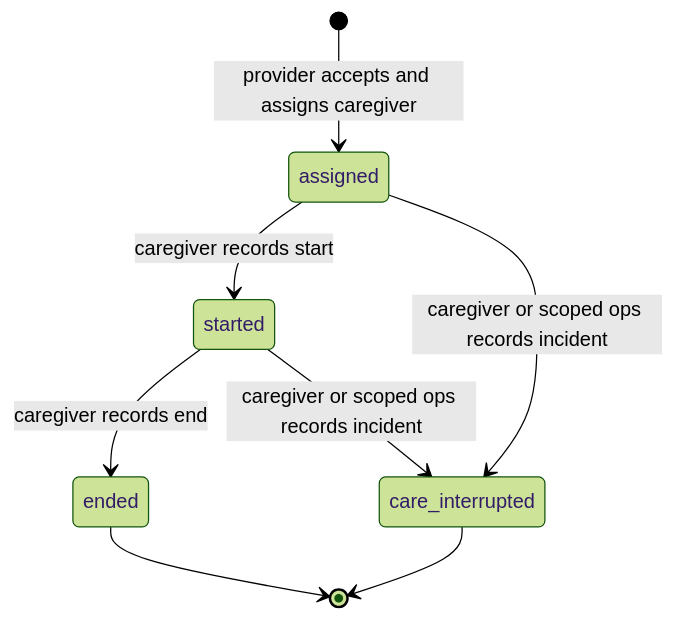
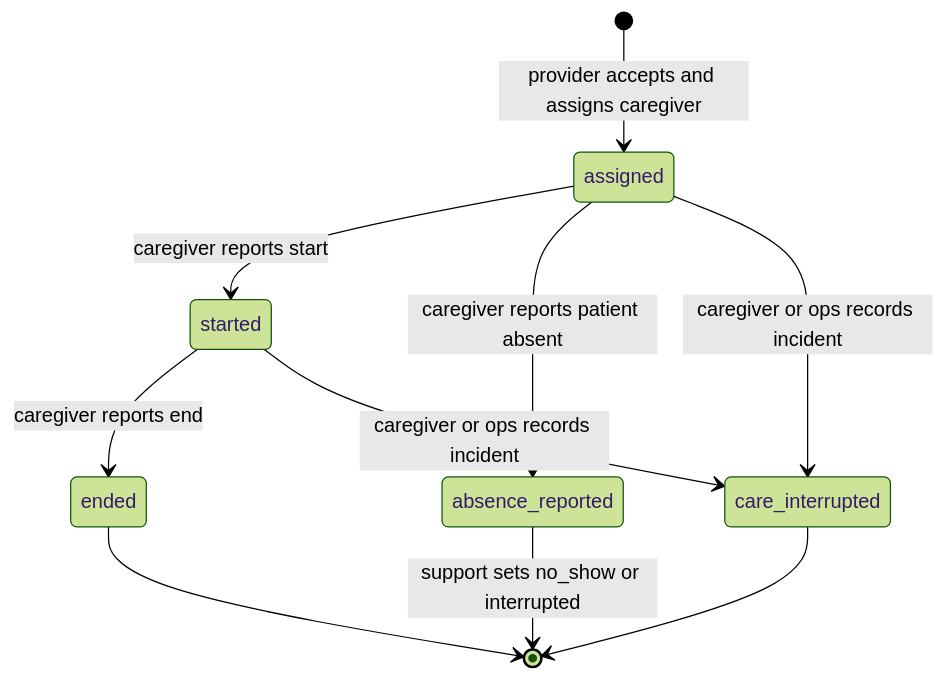
Before and after one commit to VishnuVardhan-719/confidentinal_sc: the third of 3 diagrams in docs/S01_DESIGN.md, drawn with Mermaid (forest theme). The commit also changed other lines of this file, not shown here.

````diff
--- a/docs/S01_DESIGN.md
+++ b/docs/S01_DESIGN.md
@@ -294,12 +406,14 @@
 ```mermaid
 stateDiagram-v2
     accTitle: Single Interval Care Operational States
-    accDescr: Care substates after acceptance for one agreed interval. No recurring shifts and no clinical actions.
+    accDescr: Caretaker substates after acceptance for one agreed interval. No recurring shifts and no clinical actions.
     [*] --> assigned: provider accepts and assigns caregiver
-    assigned --> started: caregiver records start
-    started --> ended: caregiver records end
+    assigned --> started: caregiver reports start
+    assigned --> absence_reported: caregiver reports patient absent
+    started --> ended: caregiver reports end
     ended --> [*]
-    assigned --> care_interrupted: caregiver or scoped ops records incident
-    started --> care_interrupted: caregiver or scoped ops records incident
+    assigned --> care_interrupted: caregiver or ops records incident
+    started --> care_interrupted: caregiver or ops records incident
+    absence_reported --> [*]: support sets no_show or interrupted
     care_interrupted --> [*]
 ```
````
